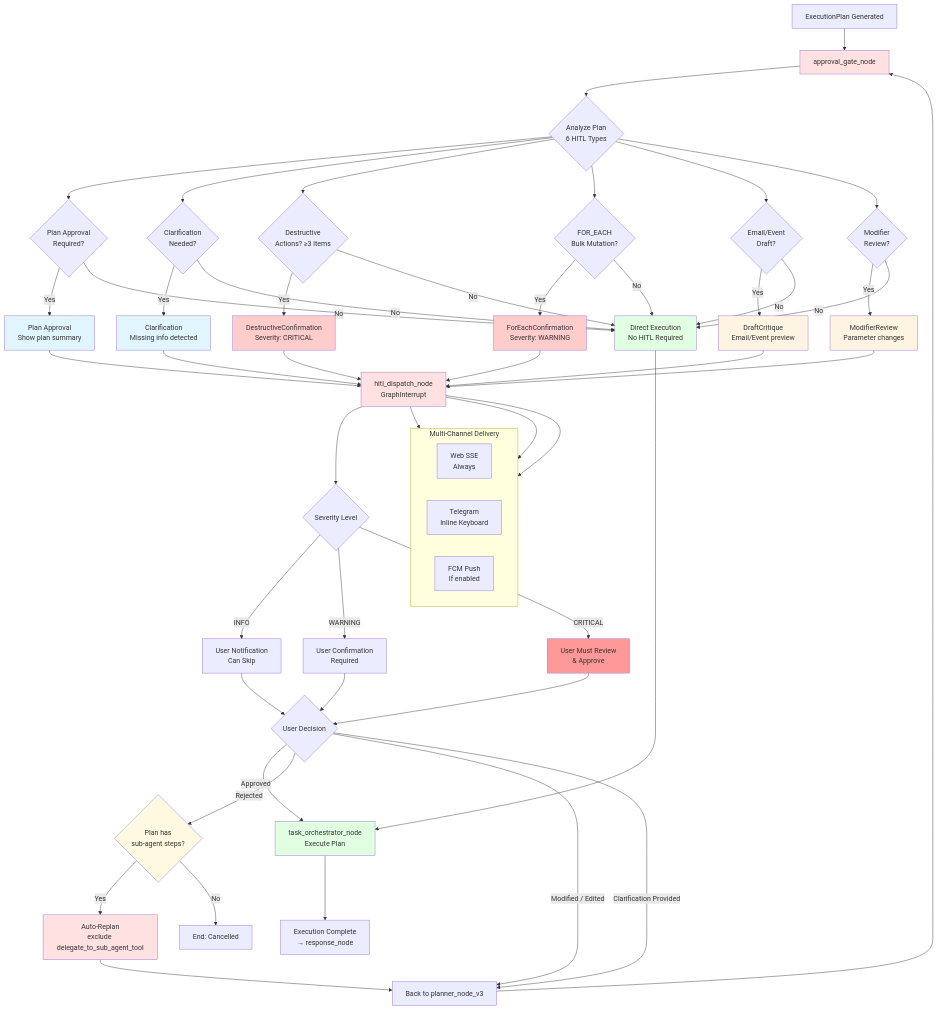
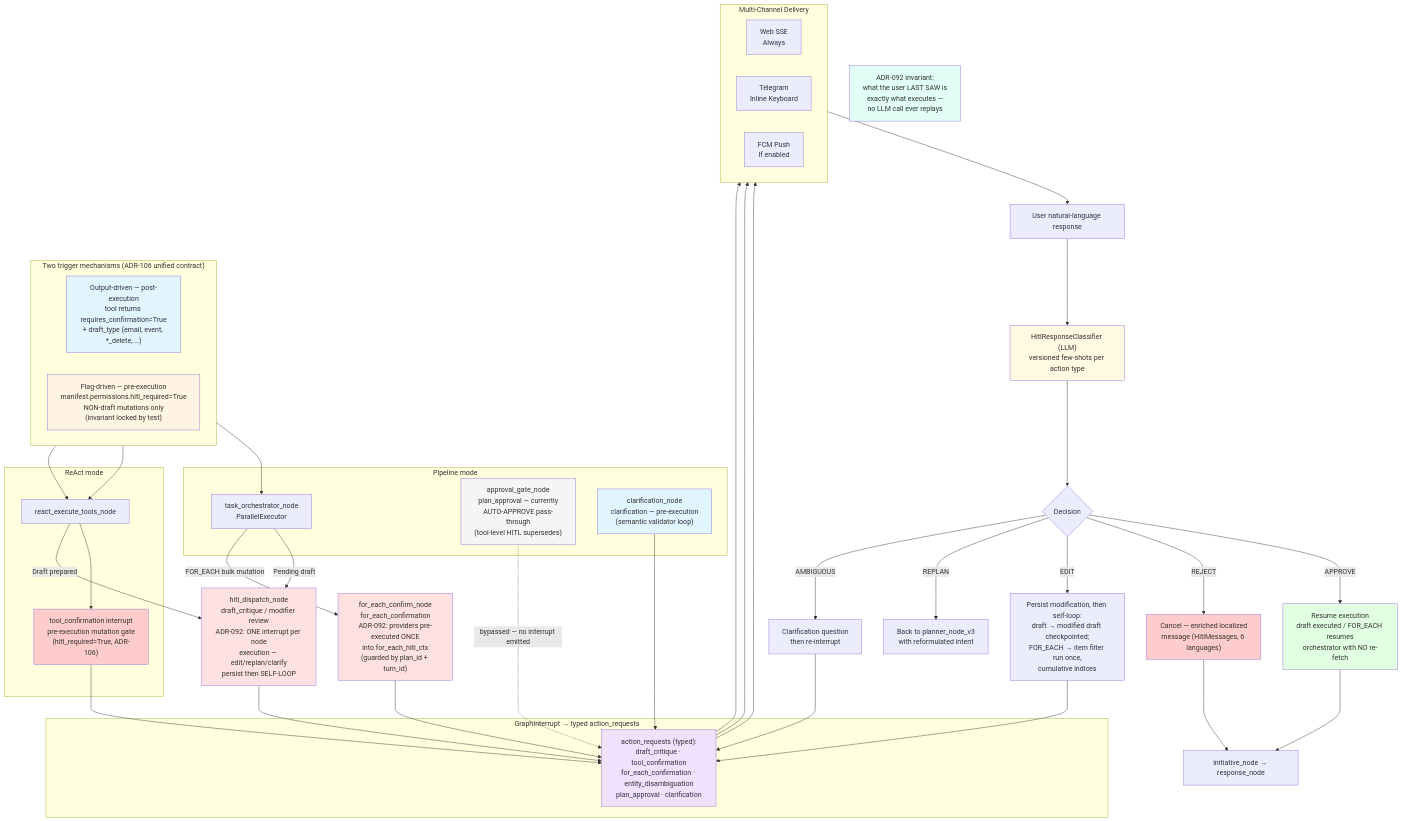
The diagram in docs/architecture/hitl-flow.mmd (jgouviergmail/LIA-Assistant), drawn with Mermaid before and after one commit. The commit also changed 102 other files, not shown here.

First line of the commit message:
docs: full documentation/schema realignment against v1.23.12

```diff
--- a/docs/architecture/hitl-flow.mmd
+++ b/docs/architecture/hitl-flow.mmd
@@ -1,85 +1,79 @@
 graph TB
-    ExecutionPlan[ExecutionPlan Generated] --> ApprovalGate[approval_gate_node]
-
-    ApprovalGate --> Analyzer{Analyze Plan<br/>6 HITL Types}
-
-    Analyzer --> CheckPlan{Plan Approval<br/>Required?}
-    Analyzer --> CheckClarification{Clarification<br/>Needed?}
-    Analyzer --> CheckDestructive{Destructive<br/>Actions? ≥3 items}
-    Analyzer --> CheckForEach{FOR_EACH<br/>Bulk Mutation?}
-    Analyzer --> CheckDraft{Email/Event<br/>Draft?}
-    Analyzer --> CheckModifier{Modifier<br/>Review?}
-
-    CheckPlan -->|Yes| PlanApproval[Plan Approval<br/>Show plan summary]
-    CheckClarification -->|Yes| ClarificationService[Clarification<br/>Missing info detected]
-    CheckDestructive -->|Yes| DestructiveConfirm[DestructiveConfirmation<br/>Severity: CRITICAL]
-    CheckForEach -->|Yes| ForEachConfirm[ForEachConfirmation<br/>Severity: WARNING]
-    CheckDraft -->|Yes| DraftCritique[DraftCritique<br/>Email/Event preview]
-    CheckModifier -->|Yes| ModifierReview[ModifierReview<br/>Parameter changes]
-
-    CheckPlan -->|No| DirectExecution
-    CheckClarification -->|No| DirectExecution
-    CheckDestructive -->|No| DirectExecution
-    CheckForEach -->|No| DirectExecution
-    CheckDraft -->|No| DirectExecution
-    CheckModifier -->|No| DirectExecution
-
-    PlanApproval --> HITLDispatch
-    ClarificationService --> HITLDispatch
-    DestructiveConfirm --> HITLDispatch
-    ForEachConfirm --> HITLDispatch
-    DraftCritique --> HITLDispatch
-    ModifierReview --> HITLDispatch
-
-    HITLDispatch[hitl_dispatch_node<br/>GraphInterrupt]
-
-    HITLDispatch --> SeverityCheck{Severity Level}
-
-    SeverityCheck -->|INFO| UserNotification[User Notification<br/>Can Skip]
-    SeverityCheck -->|WARNING| UserConfirm[User Confirmation<br/>Required]
-    SeverityCheck -->|CRITICAL| UserMustReview[User Must Review<br/>& Approve]
-
-    UserNotification --> UserDecision
-    UserConfirm --> UserDecision
-    UserMustReview --> UserDecision
-
-    UserDecision{User Decision}
-
-    UserDecision -->|Approved| TaskExecution[task_orchestrator_node<br/>Execute Plan]
-    UserDecision -->|Rejected| SubAgentCheck{Plan has<br/>sub-agent steps?}
-    SubAgentCheck -->|Yes| ReplanNoSA["Auto-Replan<br/>exclude delegate_to_sub_agent_tool"]
-    SubAgentCheck -->|No| Cancelled[End: Cancelled]
-    ReplanNoSA --> Replanning
-    UserDecision -->|Modified / Edited| Replanning[Back to planner_node_v3]
-    UserDecision -->|Clarification Provided| Replanning
-
-    Replanning --> ApprovalGate
-
-    DirectExecution[Direct Execution<br/>No HITL Required] --> TaskExecution
-
-    TaskExecution --> ExecutionComplete[Execution Complete<br/>→ response_node]
-
-    subgraph "Multi-Channel Delivery"
+    subgraph Triggers["Two trigger mechanisms (ADR-106 unified contract)"]
         direction LR
-        WebSSE[Web SSE<br/>Always]
-        TelegramKB[Telegram<br/>Inline Keyboard]
-        FCMPush[FCM Push<br/>If enabled]
+        OutputDriven["Output-driven — post-execution<br/>tool returns requires_confirmation=True<br/>+ draft_type (email, event, *_delete, …)"]
+        FlagDriven["Flag-driven — pre-execution<br/>manifest.permissions.hitl_required=True<br/>NON-draft mutations only<br/>(invariant locked by test)"]
     end
 
-    HITLDispatch --> WebSSE
-    HITLDispatch --> TelegramKB
-    HITLDispatch --> FCMPush
+    subgraph PipelineMode["Pipeline mode"]
+        Orchestrator[task_orchestrator_node<br/>ParallelExecutor]
+        ApprovalGateP["approval_gate_node<br/>plan_approval — currently<br/>AUTO-APPROVE pass-through<br/>(tool-level HITL supersedes)"]
+        ClarificationP["clarification_node<br/>clarification — pre-execution<br/>(semantic validator loop)"]
+    end
 
-    style ApprovalGate fill:#ffe1e1
-    style DestructiveConfirm fill:#ffcccc
-    style ForEachConfirm fill:#ffcccc
-    style DraftCritique fill:#fff4e1
-    style ModifierReview fill:#fff4e1
-    style ClarificationService fill:#e1f5ff
-    style PlanApproval fill:#e1f5ff
+    subgraph ReactModeHITL["ReAct mode"]
+        ReactTools[react_execute_tools_node]
+        ToolConfirm["tool_confirmation interrupt<br/>pre-execution mutation gate<br/>(hitl_required=True, ADR-106)"]
+    end
+
+    OutputDriven --> Orchestrator
+    OutputDriven --> ReactTools
+    FlagDriven --> ReactTools
+    ReactTools --> ToolConfirm
+
+    Orchestrator -->|"Pending draft"| HITLDispatch["hitl_dispatch_node<br/>draft_critique / modifier review<br/>ADR-092: ONE interrupt per node<br/>execution — edit/replan/clarify<br/>persist then SELF-LOOP"]
+    ReactTools -->|"Draft prepared"| HITLDispatch
+
+    Orchestrator -->|"FOR_EACH bulk mutation"| ForEachConfirm["for_each_confirm_node<br/>for_each_confirmation<br/>ADR-092: providers pre-executed ONCE<br/>into for_each_hitl_ctx<br/>(guarded by plan_id + turn_id)"]
+
+    subgraph Interrupt["GraphInterrupt → typed action_requests"]
+        ActionRequests["action_requests (typed):<br/>draft_critique · tool_confirmation<br/>for_each_confirmation · entity_disambiguation<br/>plan_approval · clarification"]
+    end
+
+    HITLDispatch --> ActionRequests
+    ForEachConfirm --> ActionRequests
+    ToolConfirm --> ActionRequests
+    ClarificationP --> ActionRequests
+    ApprovalGateP -.->|"bypassed — no interrupt emitted"| ActionRequests
+
+    subgraph Delivery["Multi-Channel Delivery"]
+        direction LR
+        WebSSE["Web SSE<br/>Always"]
+        TelegramKB["Telegram<br/>Inline Keyboard"]
+        FCMPush["FCM Push<br/>If enabled"]
+    end
+
+    ActionRequests --> WebSSE
+    ActionRequests --> TelegramKB
+    ActionRequests --> FCMPush
+
+    Delivery --> UserResponse["User natural-language response"]
+    UserResponse --> Classifier["HitlResponseClassifier (LLM)<br/>versioned few-shots per action type"]
+
+    Classifier --> Decision{Decision}
+    Decision -->|APPROVE| Resume["Resume execution<br/>draft executed / FOR_EACH resumes<br/>orchestrator with NO re-fetch"]
+    Decision -->|REJECT| Rejected["Cancel — enriched localized<br/>message (HitlMessages, 6 languages)"]
+    Decision -->|EDIT| Edited["Persist modification, then self-loop:<br/>draft → modified draft checkpointed;<br/>FOR_EACH → item filter run once,<br/>cumulative indices"]
+    Decision -->|REPLAN| Replan["Back to planner_node_v3<br/>with reformulated intent"]
+    Decision -->|AMBIGUOUS| Clarify["Clarification question<br/>then re-interrupt"]
+
+    Edited --> ActionRequests
+    Clarify --> ActionRequests
+
+    Resume --> Response["initiative_node → response_node"]
+    Rejected --> Response
+
+    Invariant["ADR-092 invariant:<br/>what the user LAST SAW is<br/>exactly what executes —<br/>no LLM call ever replays"]
+
+    style OutputDriven fill:#e1f5ff
+    style FlagDriven fill:#fff4e1
+    style ApprovalGateP fill:#f5f5f5
     style HITLDispatch fill:#ffe1e1
-    style UserMustReview fill:#ff9999
-    style TaskExecution fill:#e1ffe1
-    style DirectExecution fill:#e1ffe1
-    style ReplanNoSA fill:#ffe1e1
-    style SubAgentCheck fill:#fff9e1
+    style ForEachConfirm fill:#ffe1e1
+    style ToolConfirm fill:#ffcccc
+    style ClarificationP fill:#e1f5ff
+    style ActionRequests fill:#f0e1ff
+    style Classifier fill:#fff9e1
+    style Resume fill:#e1ffe1
+    style Rejected fill:#ffcccc
+    style Invariant fill:#e1fff5
```
